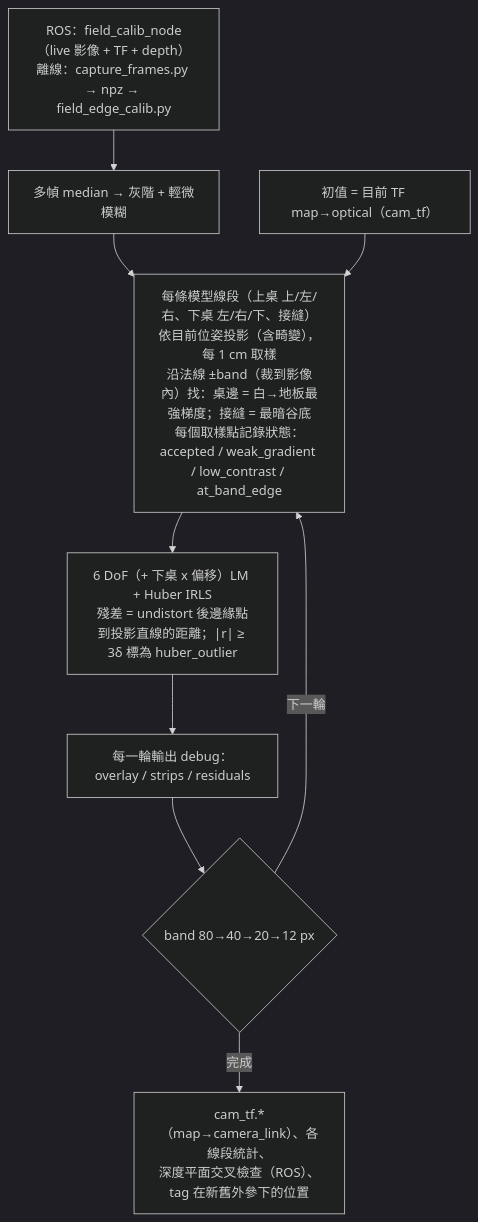
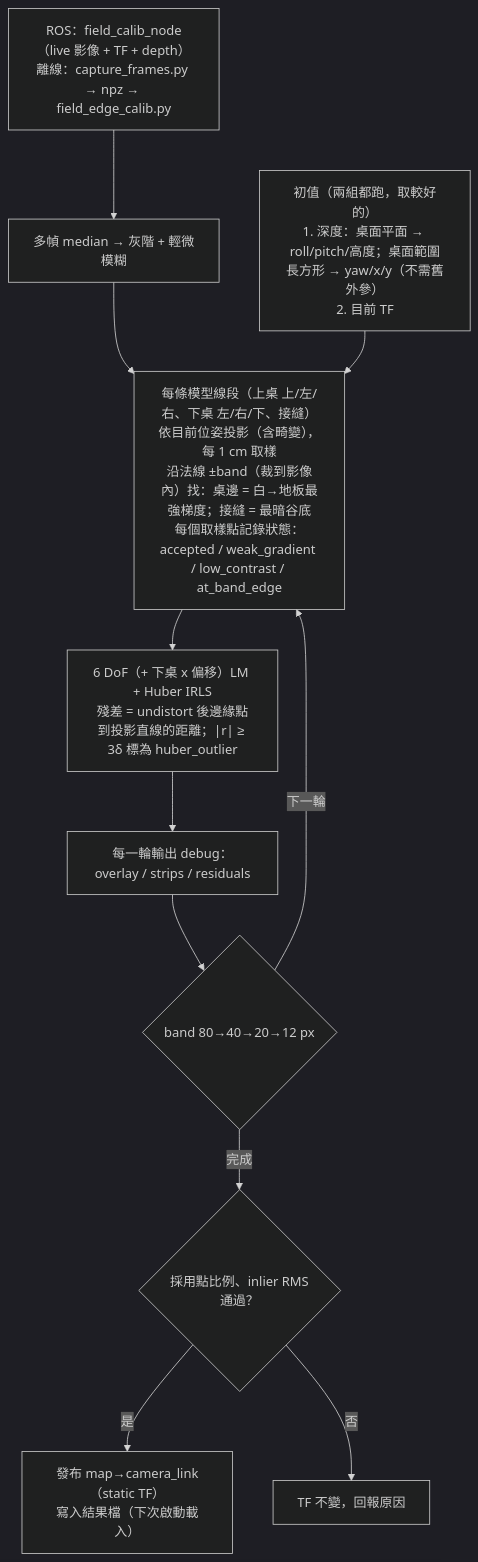
The fifth of 5 diagrams in FLOW.md (Latuuuuu/Hackathon-vision-server-localization), drawn with Mermaid (dark theme) before and after one commit. The commit also changed other lines of this file and 23 other files, not shown here.

````diff
--- a/FLOW.md
+++ b/FLOW.md
@@ -186,11 +187,13 @@
 ```mermaid
 flowchart TD
     SRC["ROS：field_calib_node（live 影像 + TF + depth）<br/>離線：capture_frames.py → npz → field_edge_calib.py"] --> MED["多幀 median → 灰階 + 輕微模糊"]
     MED --> EXT
-    INIT["初值 = 目前 TF map→optical（cam_tf）"] --> EXT
+    INIT["初值（兩組都跑，取較好的）<br/>1. 深度：桌面平面 → roll/pitch/高度；桌面範圍長方形 → yaw/x/y（不需舊外參）<br/>2. 目前 TF"] --> EXT
     EXT["每條模型線段（上桌 上/左/右、下桌 左/右/下、接縫）<br/>依目前位姿投影（含畸變），每 1 cm 取樣<br/>沿法線 ±band（裁到影像內）找：桌邊 = 白→地板最強梯度；接縫 = 最暗谷底<br/>每個取樣點記錄狀態：accepted / weak_gradient / low_contrast / at_band_edge"] --> LM
     LM["6 DoF（+ 下桌 x 偏移）LM + Huber IRLS<br/>殘差 = undistort 後邊緣點到投影直線的距離；|r| ≥ 3δ 標為 huber_outlier"] --> DBG["每一輪輸出 debug：overlay / strips / residuals"]
     DBG --> LOOP{"band 80→40→20→12 px"}
     LOOP -- 下一輪 --> EXT
-    LOOP -- 完成 --> OUT["cam_tf.*（map→camera_link）、各線段統計、<br/>深度平面交叉檢查（ROS）、tag 在新舊外參下的位置"]
+    LOOP -- 完成 --> CHK{"採用點比例、inlier RMS<br/>通過？"}
+    CHK -- 是 --> OUT["發布 map→camera_link（static TF）<br/>寫入結果檔（下次啟動載入）"]
+    CHK -- 否 --> KEEP["TF 不變，回報原因"]
 ```
````
